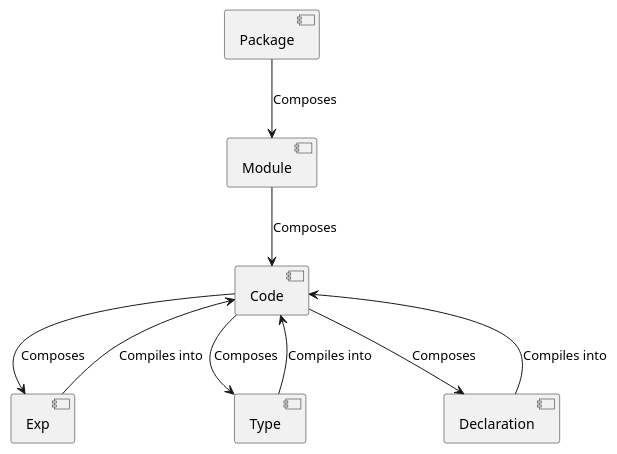
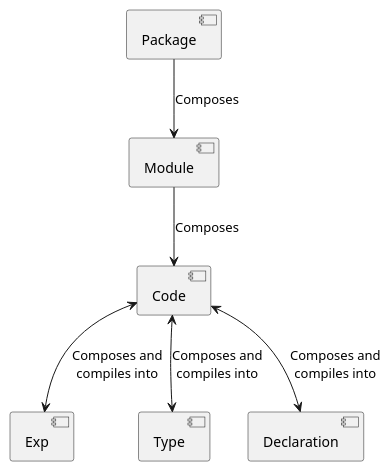
The diagram in architecture/haskell.puml (nikita-volkov/codegen-kit), drawn with PlantUML before and after one commit.

Commit message:
Update the diagram

```diff
--- a/architecture/haskell.puml
+++ b/architecture/haskell.puml
@@ -1,17 +1,14 @@
 
 
 component Package
 component Code
 component Exp
 component Type
 component Declaration
 component Module
 
 Package --> Module : Composes
 Module --> Code : Composes
-Exp --> Code : Compiles into
-Type --> Code : Compiles into
-Declaration --> Code : Compiles into
-Code --> Exp : Composes
-Code --> Type : Composes
-Code --> Declaration : Composes
+Code <--> Exp : Composes and\ncompiles into
+Code <--> Type : Composes and\ncompiles into
+Code <--> Declaration : Composes and\ncompiles into
```
